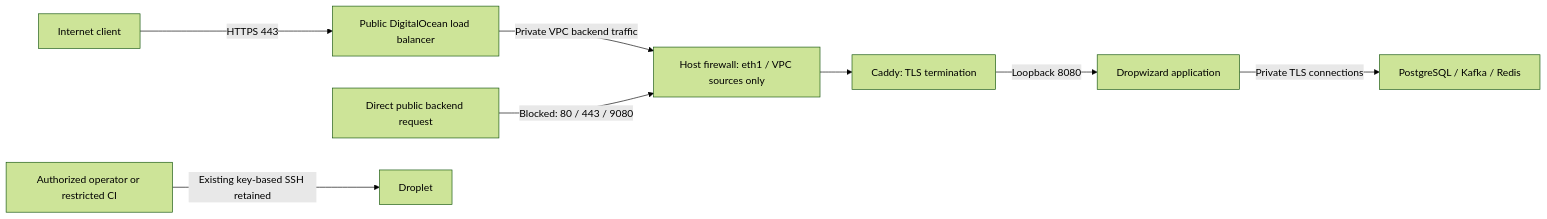
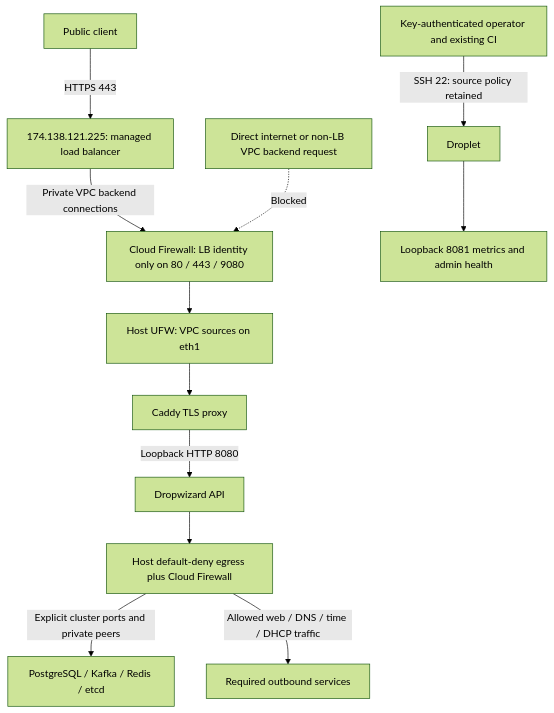
The diagram in docs/network-hardening.md (Sahil2237/notification-fanout), drawn with Mermaid (forest theme) before and after one commit. The commit also changed other lines of this file and 39 other files, not shown here.

Commit message:
Record verified provider firewall policy and retain SSH source access by request [skip ci]

````diff
--- a/docs/network-hardening.md
+++ b/docs/network-hardening.md
@@ -11,10 +9,14 @@
 ```mermaid
-flowchart LR
-    User[Internet client] -->|HTTPS 443| LB[Public DigitalOcean load balancer]
-    LB -->|Private VPC backend traffic| UFW[Host firewall: eth1 / VPC sources only]
-    UFW --> Proxy[Caddy: TLS termination]
-    Proxy -->|Loopback 8080| App[Dropwizard application]
-    Direct[Direct public backend request] -->|Blocked: 80 / 443 / 9080| UFW
-    App -->|Private TLS connections| Cluster[PostgreSQL / Kafka / Redis]
-    Operator[Authorized operator or restricted CI] -->|Existing key-based SSH retained| Host[Droplet]
+flowchart TB
+    Client[Public client] -->|HTTPS 443| LB[174.138.121.225: managed load balancer]
+    LB -->|Private VPC backend connections| CF[Cloud Firewall: LB identity only on 80 / 443 / 9080]
+    CF --> UF[Host UFW: VPC sources on eth1]
+    UF --> Proxy[Caddy TLS proxy]
+    Proxy -->|Loopback HTTP 8080| API[Dropwizard API]
+    Direct[Direct internet or non-LB VPC backend request] -.->|Blocked| CF
+    Operator[Key-authenticated operator and existing CI] -->|SSH 22: source policy retained| Host[Droplet]
+    API --> OUT[Host default-deny egress plus Cloud Firewall]
+    OUT -->|Explicit cluster ports and private peers| Cluster[PostgreSQL / Kafka / Redis / etcd]
+    OUT -->|Allowed web / DNS / time / DHCP traffic| Dependencies[Required outbound services]
+    Host --> Metrics[Loopback 8081 metrics and admin health]
 ```
````
